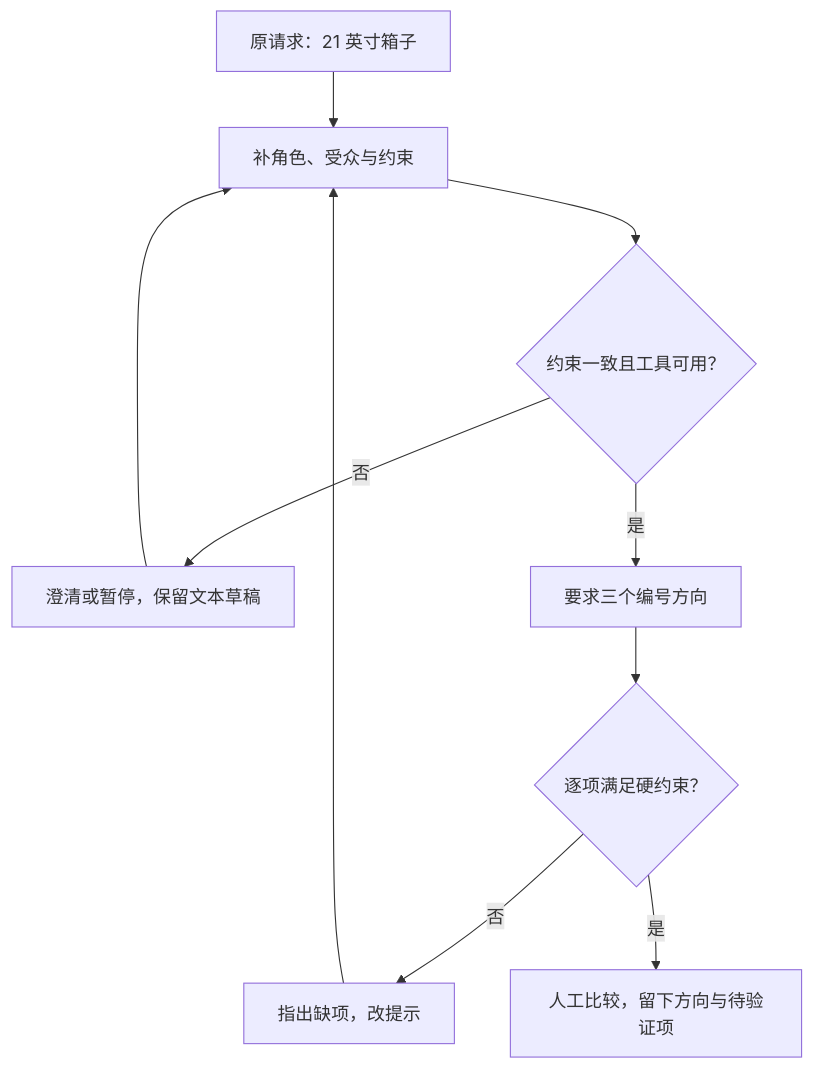
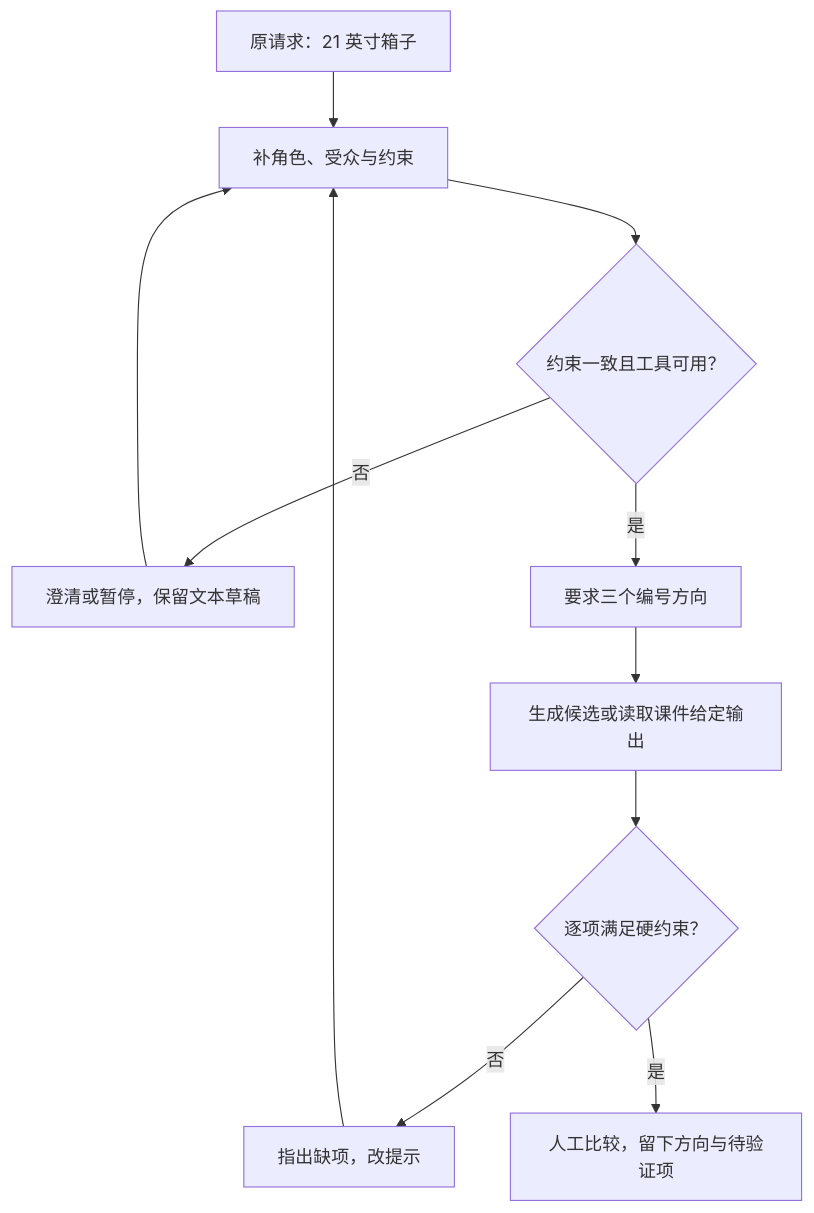
Before and after one commit to CercaTrovato/cityu-ai-course-notes: the first of 7 diagrams in IS5542_GenAI_in_Business/notes/M04-设计思维-业务机会识别与AI创意工作坊.md, drawn with Mermaid. The commit also changed other lines of this file and 58 other files, not shown here.

````diff
--- a/IS5542_GenAI_in_Business/notes/M04-设计思维-业务机会识别与AI创意工作坊.md
+++ b/IS5542_GenAI_in_Business/notes/M04-设计思维-业务机会识别与AI创意工作坊.md
@@ -320,12 +400,13 @@
 ```mermaid
 flowchart TD
  A[原请求：21 英寸箱子] --> B[补角色、受众与约束]
  B --> C{约束一致且工具可用？}
  C -- 否 --> D[澄清或暂停，保留文本草稿]
  D --> B
  C -- 是 --> E[要求三个编号方向]
- E --> F{逐项满足硬约束？}
+ E --> GEN[生成候选或读取课件给定输出]
+ GEN --> F{逐项满足硬约束？}
  F -- 否 --> G[指出缺项，改提示]
  G --> B
  F -- 是 --> H[人工比较，留下方向与待验证项]
 ```
````
